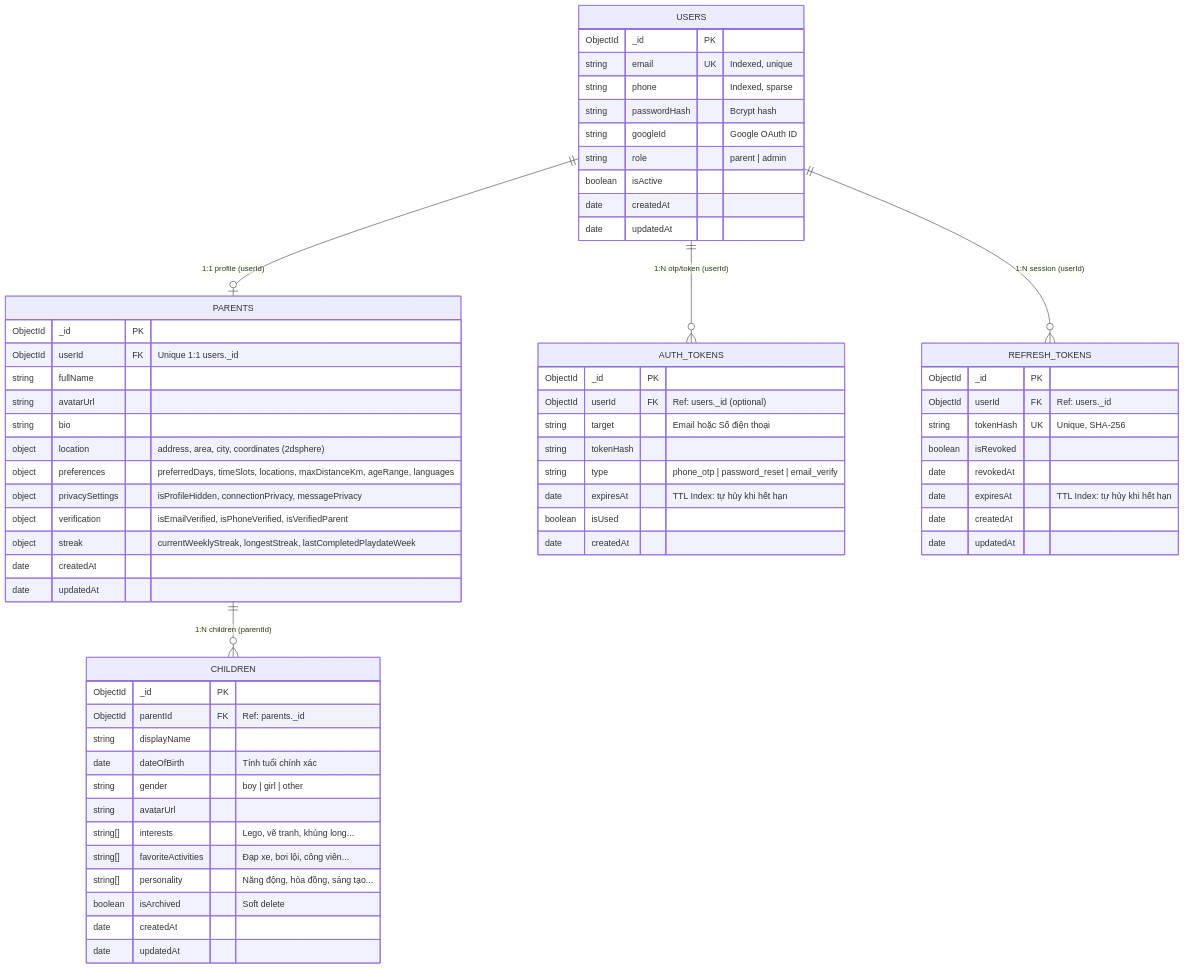
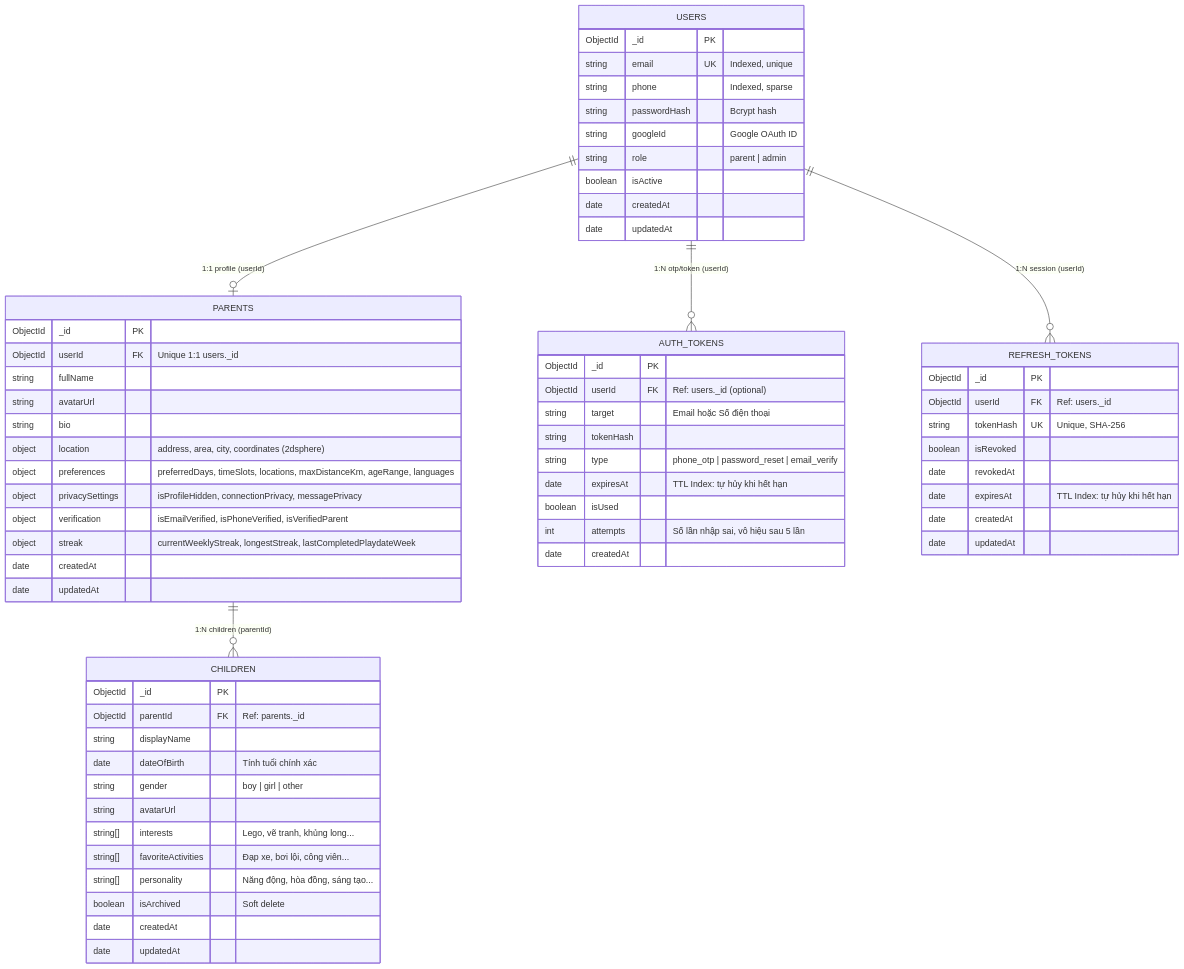
Before and after one commit to BuddyLink-Team/Back-End: the second of 8 diagrams in docs/DATABASE_SCHEMA.md, drawn with Mermaid. The commit also changed other lines of this file and 74 other files, not shown here.

````diff
--- a/docs/DATABASE_SCHEMA.md
+++ b/docs/DATABASE_SCHEMA.md
@@ -118,71 +118,72 @@
 ```mermaid
 erDiagram
     USERS ||--o| PARENTS : "1:1 profile (userId)"
     USERS ||--o{ AUTH_TOKENS : "1:N otp/token (userId)"
     USERS ||--o{ REFRESH_TOKENS : "1:N session (userId)"
     PARENTS ||--o{ CHILDREN : "1:N children (parentId)"
 
     USERS {
         ObjectId _id PK
         string email UK "Indexed, unique"
         string phone "Indexed, sparse"
         string passwordHash "Bcrypt hash"
         string googleId "Google OAuth ID"
         string role "parent | admin"
         boolean isActive
         date createdAt
         date updatedAt
     }
 
     PARENTS {
         ObjectId _id PK
         ObjectId userId FK "Unique 1:1 users._id"
         string fullName
         string avatarUrl
         string bio
         object location "address, area, city, coordinates (2dsphere)"
         object preferences "preferredDays, timeSlots, locations, maxDistanceKm, ageRange, languages"
         object privacySettings "isProfileHidden, connectionPrivacy, messagePrivacy"
         object verification "isEmailVerified, isPhoneVerified, isVerifiedParent"
         object streak "currentWeeklyStreak, longestStreak, lastCompletedPlaydateWeek"
         date createdAt
         date updatedAt
     }
 
     CHILDREN {
         ObjectId _id PK
         ObjectId parentId FK "Ref: parents._id"
         string displayName
         date dateOfBirth "Tính tuổi chính xác"
         string gender "boy | girl | other"
         string avatarUrl
         string[] interests "Lego, vẽ tranh, khủng long..."
         string[] favoriteActivities "Đạp xe, bơi lội, công viên..."
         string[] personality "Năng động, hòa đồng, sáng tạo..."
         boolean isArchived "Soft delete"
         date createdAt
         date updatedAt
     }
 
     AUTH_TOKENS {
         ObjectId _id PK
         ObjectId userId FK "Ref: users._id (optional)"
         string target "Email hoặc Số điện thoại"
         string tokenHash
         string type "phone_otp | password_reset | email_verify"
         date expiresAt "TTL Index: tự hủy khi hết hạn"
         boolean isUsed
+        int attempts "Số lần nhập sai, vô hiệu sau 5 lần"
         date createdAt
     }
 
     REFRESH_TOKENS {
         ObjectId _id PK
         ObjectId userId FK "Ref: users._id"
         string tokenHash UK "Unique, SHA-256"
         boolean isRevoked
         date revokedAt
         date expiresAt "TTL Index: tự hủy khi hết hạn"
         date createdAt
         date updatedAt
     }
 ```
````
